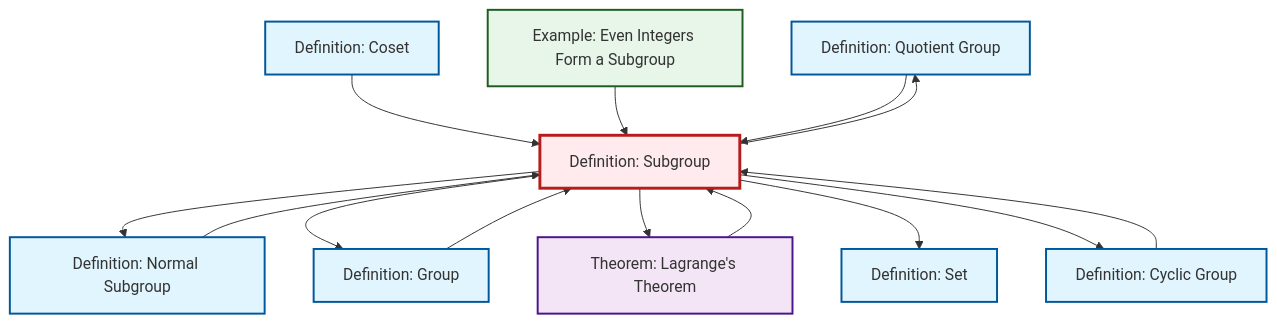
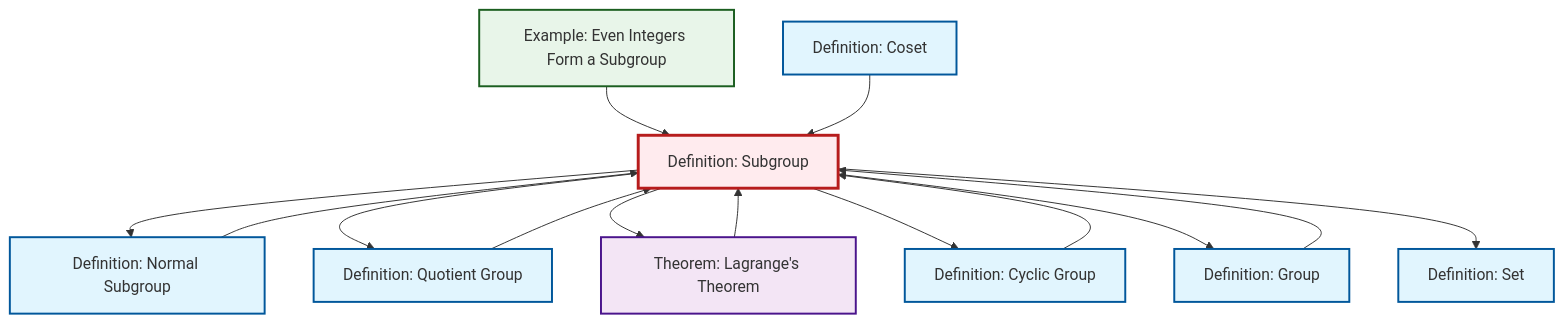
Before and after one commit to RK0429/ModernMath: the diagram in content/en/algebra/def-subgroup.qmd, drawn with Mermaid. The commit also changed other lines of this file and 615 other files, not shown here.

````diff
--- a/content/en/algebra/def-subgroup.qmd
+++ b/content/en/algebra/def-subgroup.qmd
@@ -52,40 +52,40 @@
 ```{mermaid}
 %%| fig-cap: "Local dependency graph"
 graph TD
     classDef definition fill:#e1f5fe,stroke:#01579b,stroke-width:2px
     classDef theorem fill:#f3e5f5,stroke:#4a148c,stroke-width:2px
     classDef axiom fill:#fff3e0,stroke:#e65100,stroke-width:2px
     classDef example fill:#e8f5e9,stroke:#1b5e20,stroke-width:2px
     classDef current fill:#ffebee,stroke:#b71c1c,stroke-width:3px
-    def-quotient-group["Definition: Quotient Group"]:::definition
     def-set["Definition: Set"]:::definition
+    def-subgroup["Definition: Subgroup"]:::definition
+    def-group["Definition: Group"]:::definition
     def-cyclic-group["Definition: Cyclic Group"]:::definition
     thm-lagrange["Theorem: Lagrange's Theorem"]:::theorem
+    ex-even-integers-subgroup["Example: Even Integers Form a Subgroup"]:::example
     def-coset["Definition: Coset"]:::definition
     def-normal-subgroup["Definition: Normal Subgroup"]:::definition
-    ex-even-integers-subgroup["Example: Even Integers Form a Subgroup"]:::example
-    def-group["Definition: Group"]:::definition
-    def-subgroup["Definition: Subgroup"]:::definition
+    def-quotient-group["Definition: Quotient Group"]:::definition
+    ex-even-integers-subgroup --> def-subgroup
+    def-subgroup --> def-normal-subgroup
     def-subgroup --> def-quotient-group
+    def-normal-subgroup --> def-subgroup
+    def-quotient-group --> def-subgroup
+    def-subgroup --> thm-lagrange
+    def-subgroup --> def-cyclic-group
+    def-coset --> def-subgroup
     thm-lagrange --> def-subgroup
-    def-coset --> def-subgroup
-    def-normal-subgroup --> def-subgroup
-    ex-even-integers-subgroup --> def-subgroup
+    def-group --> def-subgroup
     def-cyclic-group --> def-subgroup
-    def-quotient-group --> def-subgroup
-    def-group --> def-subgroup
-    def-subgroup --> def-normal-subgroup
     def-subgroup --> def-group
-    def-subgroup --> thm-lagrange
     def-subgroup --> def-set
-    def-subgroup --> def-cyclic-group
     class def-subgroup current
-    click def-quotient-group "def-quotient-group.html" "Go to Quotient Group definition"
     click def-set "def-set.html" "Go to Set definition"
+    click def-group "def-group.html" "Go to Group definition"
     click def-cyclic-group "def-cyclic-group.html" "Go to Cyclic Group definition"
     click thm-lagrange "thm-lagrange.html" "Go to Lagrange's Theorem theorem"
+    click ex-even-integers-subgroup "ex-even-integers-subgroup.html" "Go to Even Integers Form a Subgroup example"
     click def-coset "def-coset.html" "Go to Coset definition"
     click def-normal-subgroup "def-normal-subgroup.html" "Go to Normal Subgroup definition"
-    click ex-even-integers-subgroup "ex-even-integers-subgroup.html" "Go to Even Integers Form a Subgroup example"
-    click def-group "def-group.html" "Go to Group definition"
+    click def-quotient-group "def-quotient-group.html" "Go to Quotient Group definition"
 ```
````
